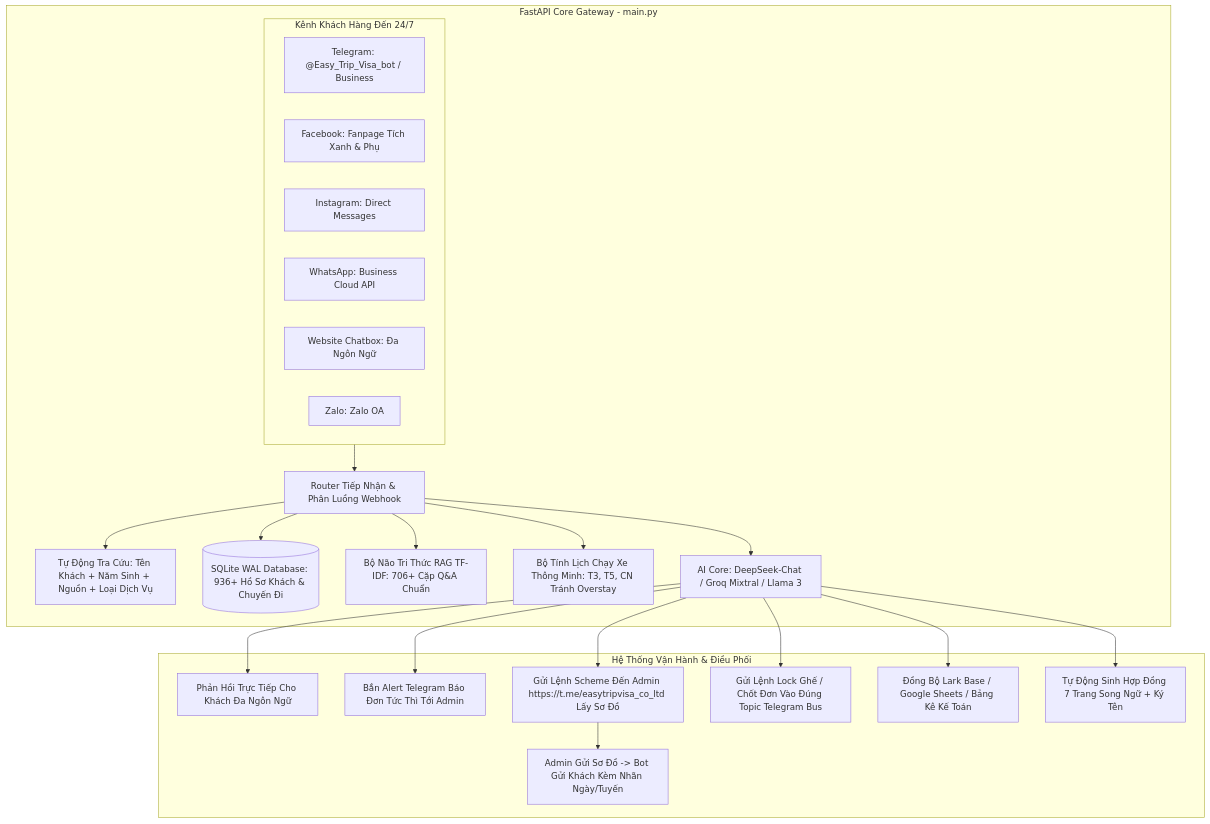
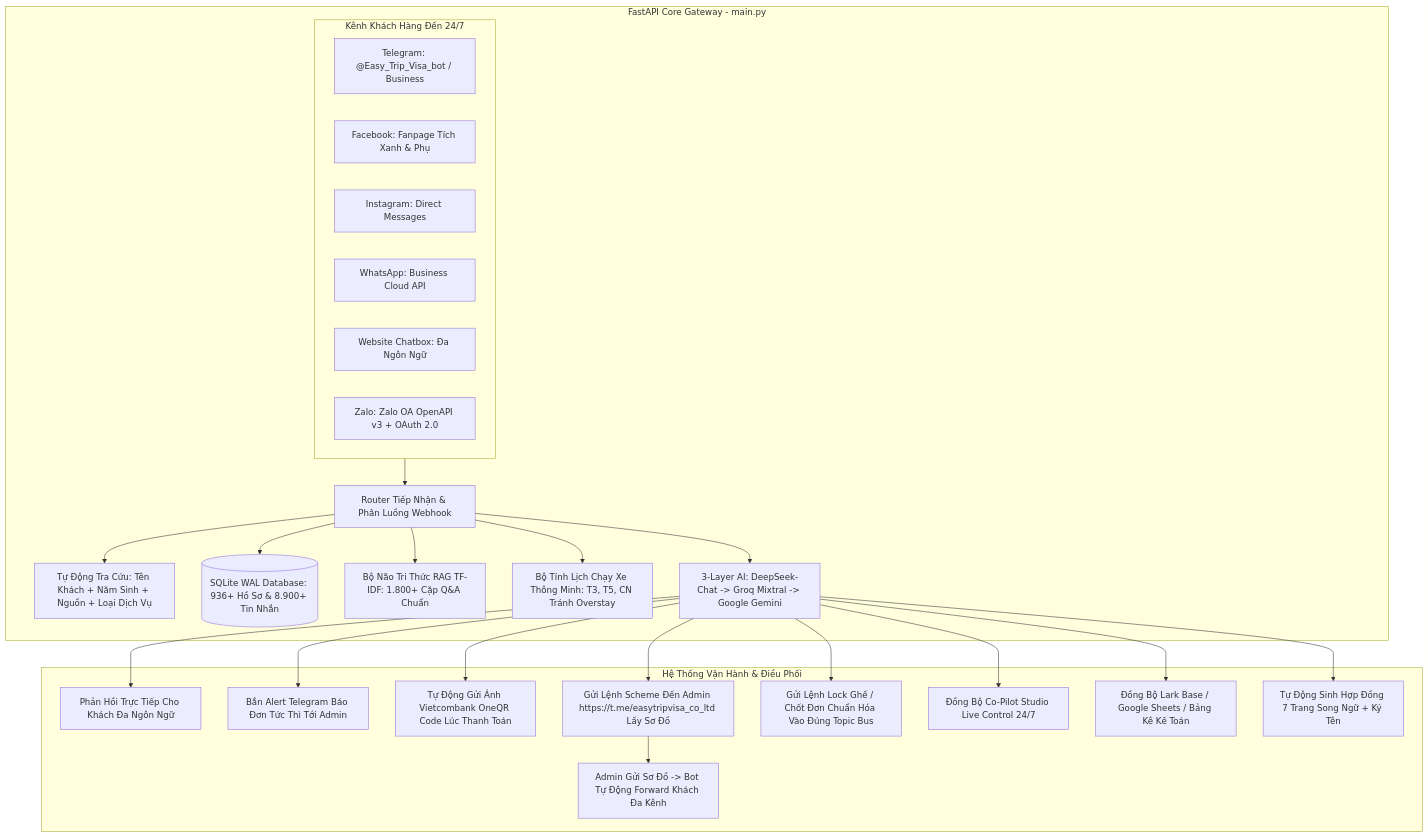
Before and after one commit to lyhoang280592-maker/chatbot-easytrip: the first of 3 diagrams in docs/QUY_TRINH_HOAT_DONG_TOAN_DIEN_AI_CHATBOT.md, drawn with Mermaid. The commit also changed other lines of this file, not shown here.

Commit message:
docs: update comprehensive chatbot workflow to v4.2 with Co-Pilot Studio and Vietcombank OneQR

````diff
--- a/docs/QUY_TRINH_HOAT_DONG_TOAN_DIEN_AI_CHATBOT.md
+++ b/docs/QUY_TRINH_HOAT_DONG_TOAN_DIEN_AI_CHATBOT.md
@@ -27,30 +28,32 @@
 ```mermaid
 flowchart TD
     subgraph INCOMING [Kênh Khách Hàng Đến 24/7]
         TG[Telegram: @Easy_Trip_Visa_bot / Business]
         FB[Facebook: Fanpage Tích Xanh & Phụ]
         IG[Instagram: Direct Messages]
         WA[WhatsApp: Business Cloud API]
         WEB[Website Chatbox: Đa Ngôn Ngữ]
-        ZL[Zalo: Zalo OA]
+        ZL[Zalo: Zalo OA OpenAPI v3 + OAuth 2.0]
     end
 
     subgraph BACKEND [FastAPI Core Gateway - main.py]
         INCOMING --> GW[Router Tiếp Nhận & Phân Luồng Webhook]
         GW --> RES[Tự Động Tra Cứu: Tên Khách + Năm Sinh + Nguồn + Loại Dịch Vụ]
-        GW --> MEM[(SQLite WAL Database: 936+ Hồ Sơ Khách & Chuyến Đi)]
-        GW --> RAG[Bộ Não Tri Thức RAG TF-IDF: 706+ Cặp Q&A Chuẩn]
+        GW --> MEM[(SQLite WAL Database: 936+ Hồ Sơ & 8.900+ Tin Nhắn)]
+        GW --> RAG[Bộ Não Tri Thức RAG TF-IDF: 1.800+ Cặp Q&A Chuẩn]
         GW --> CAL[Bộ Tính Lịch Chạy Xe Thông Minh: T3, T5, CN Tránh Overstay]
-        GW --> LLM[AI Core: DeepSeek-Chat / Groq Mixtral / Llama 3]
+        GW --> LLM[3-Layer AI: DeepSeek-Chat -> Groq Mixtral -> Google Gemini]
     end
 
     subgraph OPERATION [Hệ Thống Vận Hành & Điều Phối]
         LLM --> OUT_CUST[Phản Hồi Trực Tiếp Cho Khách Đa Ngôn Ngữ]
         LLM --> NOTIF[Bắn Alert Telegram Báo Đơn Tức Thì Tới Admin]
+        LLM --> QR_PAY[Tự Động Gửi Ảnh Vietcombank OneQR Code Lúc Thanh Toán]
         LLM --> SCHEME_ADMIN[Gửi Lệnh Scheme Đến Admin https://t.me/easytripvisa_co_ltd Lấy Sơ Đồ]
-        SCHEME_ADMIN --> SEAT_FORWARD[Admin Gửi Sơ Đồ -> Bot Gửi Khách Kèm Nhãn Ngày/Tuyến]
-        LLM --> BUS_GRP[Gửi Lệnh Lock Ghế / Chốt Đơn Vào Đúng Topic Telegram Bus]
+        SCHEME_ADMIN --> SEAT_FORWARD[Admin Gửi Sơ Đồ -> Bot Tự Động Forward Khách Đa Kênh]
+        LLM --> BUS_GRP[Gửi Lệnh Lock Ghế / Chốt Đơn Chuẩn Hóa Vào Đúng Topic Bus]
+        LLM --> COPILOT_HUB[Đồng Bộ Co-Pilot Studio Live Control 24/7]
         LLM --> CRM_SYNC[Đồng Bộ Lark Base / Google Sheets / Bảng Kê Kế Toán]
         LLM --> CONTR[Tự Động Sinh Hợp Đồng 7 Trang Song Ngữ + Ký Tên]
     end
 ```
````
